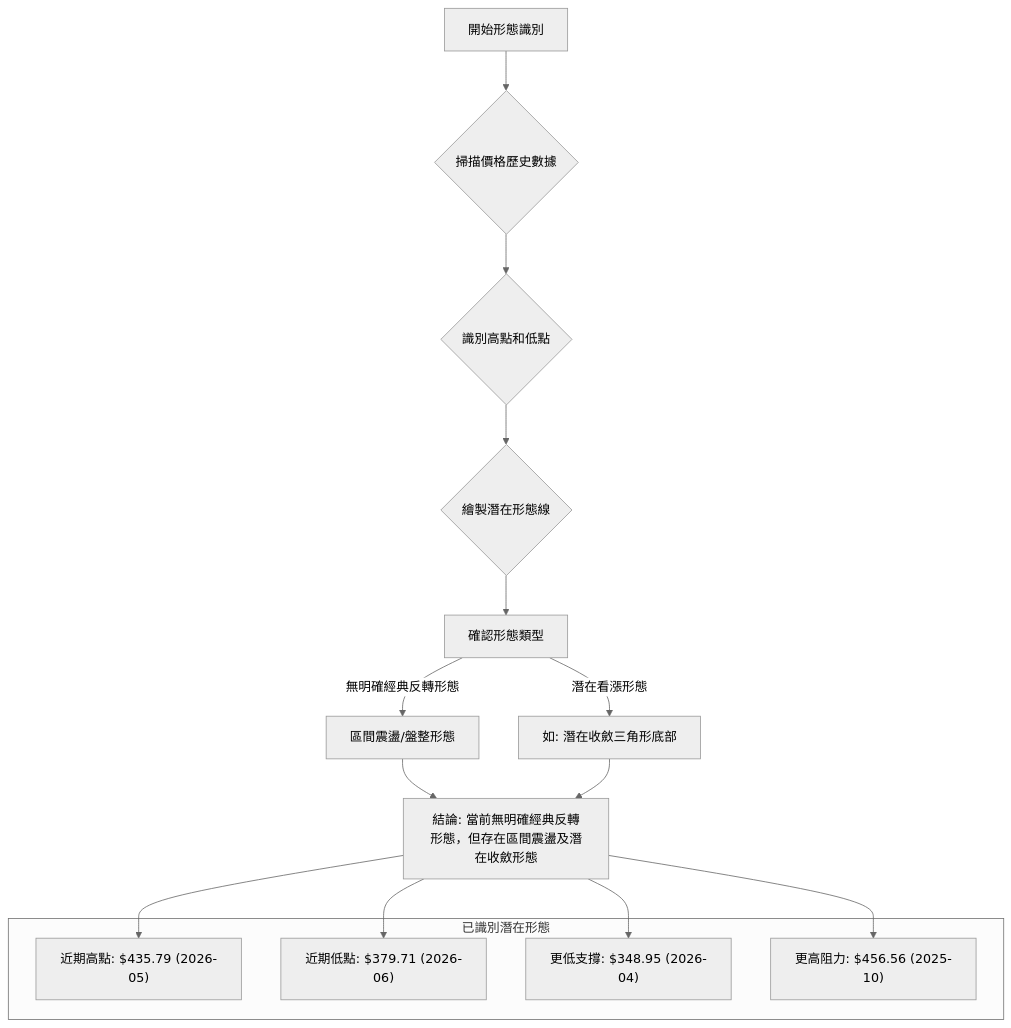
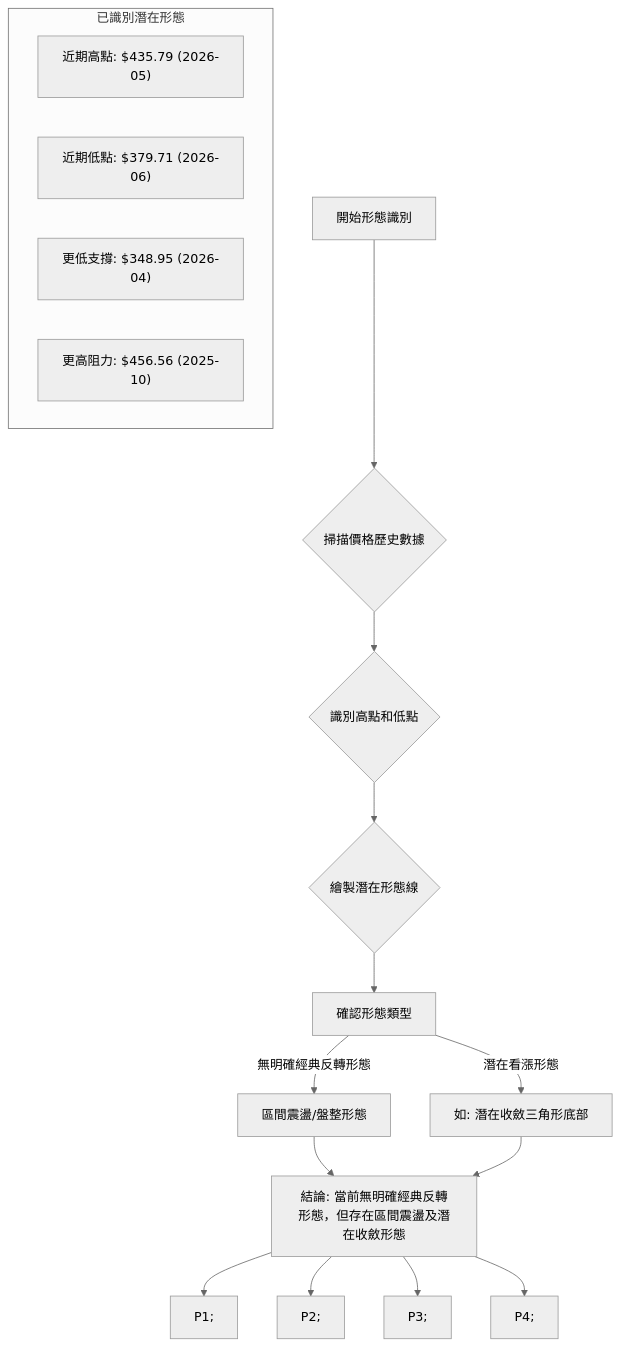
Before and after one commit to yennanliu/finance_data: the fourth of 11 diagrams in ai_gen_report/stock/tsla/technical_analysis_2026-07-02_gemini.md, drawn with Mermaid (neutral theme). The commit also changed other lines of this file and 2258 other files, not shown here.

First line of the commit message:
chore: backfill Mermaid syntax repair across existing reports

````diff
--- a/ai_gen_report/stock/tsla/technical_analysis_2026-07-02_gemini.md
+++ b/ai_gen_report/stock/tsla/technical_analysis_2026-07-02_gemini.md
@@ -260,21 +260,21 @@
 ```mermaid
 graph TD
-    A[開始形態識別] --> B{掃描價格歷史數據};
-    B --> C{識別高點和低點};
-    C --> D{繪製潛在形態線};
-    D --> D1[確認形態類型];
-    D1 -- 無明確經典反轉形態 --> E[區間震盪/盤整形態];
-    D1 -- 潛在看漲形態 --> F[如: 潛在收斂三角形底部];
-    E & F --> G[結論: 當前無明確經典反轉形態，但存在區間震盪及潛在收斂形態];
+    A["開始形態識別"] --> B{"掃描價格歷史數據"};
+    B --> C{"識別高點和低點"};
+    C --> D{"繪製潛在形態線"};
+    D --> D1["確認形態類型"];
+    D1 -- 無明確經典反轉形態 --> E["區間震盪/盤整形態"];
+    D1 -- 潛在看漲形態 --> F["如: 潛在收斂三角形底部"];
+    E & F --> G["結論: 當前無明確經典反轉形態，但存在區間震盪及潛在收斂形態"];
 
     subgraph 已識別潛在形態
         P1["近期高點: $435.79 (2026-05)"]
         P2["近期低點: $379.71 (2026-06)"]
         P3["更低支撐: $348.95 (2026-04)"]
         P4["更高阻力: $456.56 (2025-10)"]
     end
-    G --> P1;
-    G --> P2;
-    G --> P3;
-    G --> P4;
+    G --> nb1["P1;"]
+    G --> nb2["P2;"]
+    G --> nb3["P3;"]
+    G --> nb4["P4;"]
 ```
````
